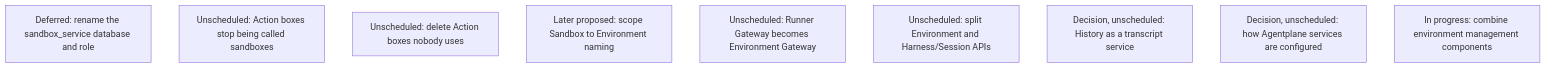
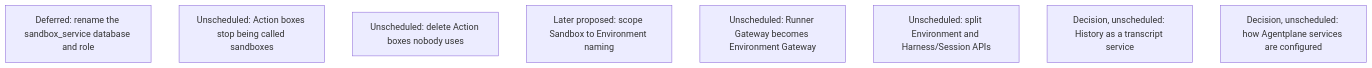
The tenth of 18 diagrams in agentplane/plans/task_dag.md (agentydragon/ducktape), drawn with Mermaid before and after one commit. The commit also changed other lines of this file and 1 other file, not shown here.

````diff
--- a/agentplane/plans/task_dag.md
+++ b/agentplane/plans/task_dag.md
@@ -1893,12 +1934,11 @@
 ```mermaid
 flowchart TD
     HISTORY_DATABASE_RENAME[Deferred: rename the sandbox_service database and role]
     ACTION_BOX_RENAME[Unscheduled: Action boxes stop being called sandboxes]
     ACTION_BOX_IDLE_REAPER[Unscheduled: delete Action boxes nobody uses]
     SANDBOX_ENVIRONMENT_RENAME_DESIGN[Later proposed: scope Sandbox to Environment naming]
     RUNNER_GATEWAY_RENAME[Unscheduled: Runner Gateway becomes Environment Gateway]
     ENVIRONMENT_RUNTIME_SERVICE_SPLIT[Unscheduled: split Environment and Harness/Session APIs]
     HISTORY_SERVICE_RENAME[Decision, unscheduled: History as a transcript service]
     SERVICE_SETTINGS_RETHINK[Decision, unscheduled: how Agentplane services are configured]
-    ENV_MANAGEMENT_PROCESS_CONSOLIDATION_DESIGN[In progress: combine environment management components]
 ```
````
